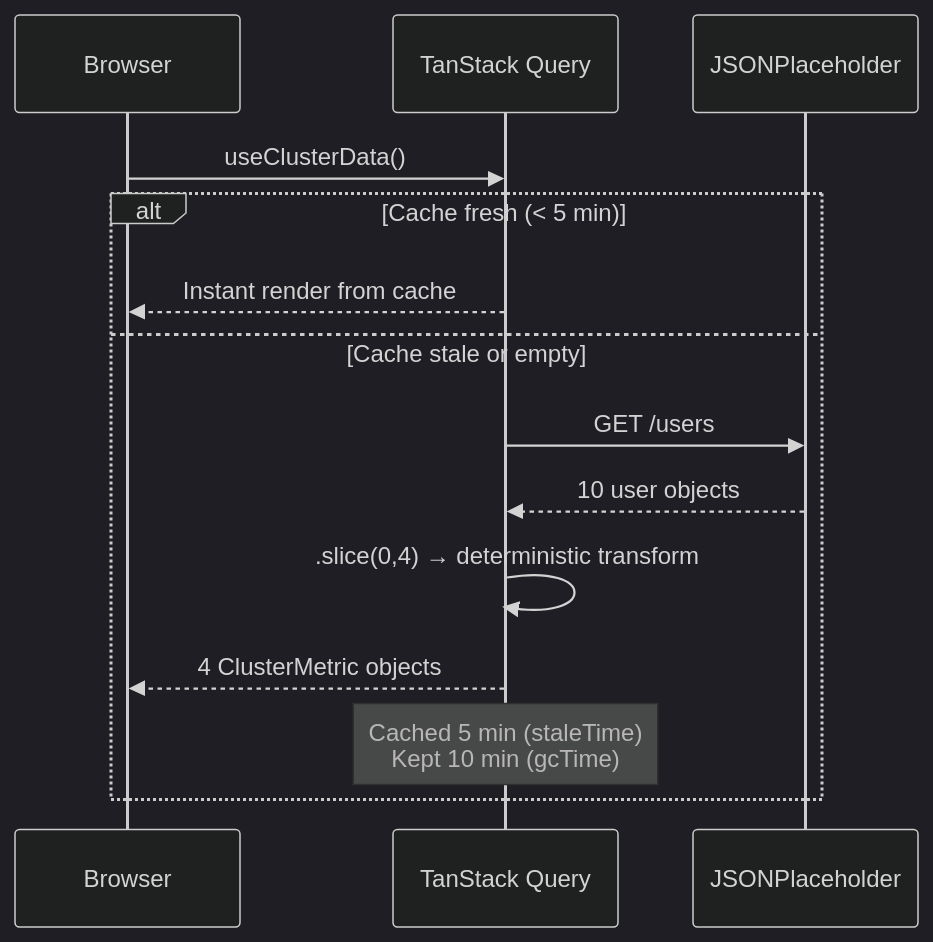
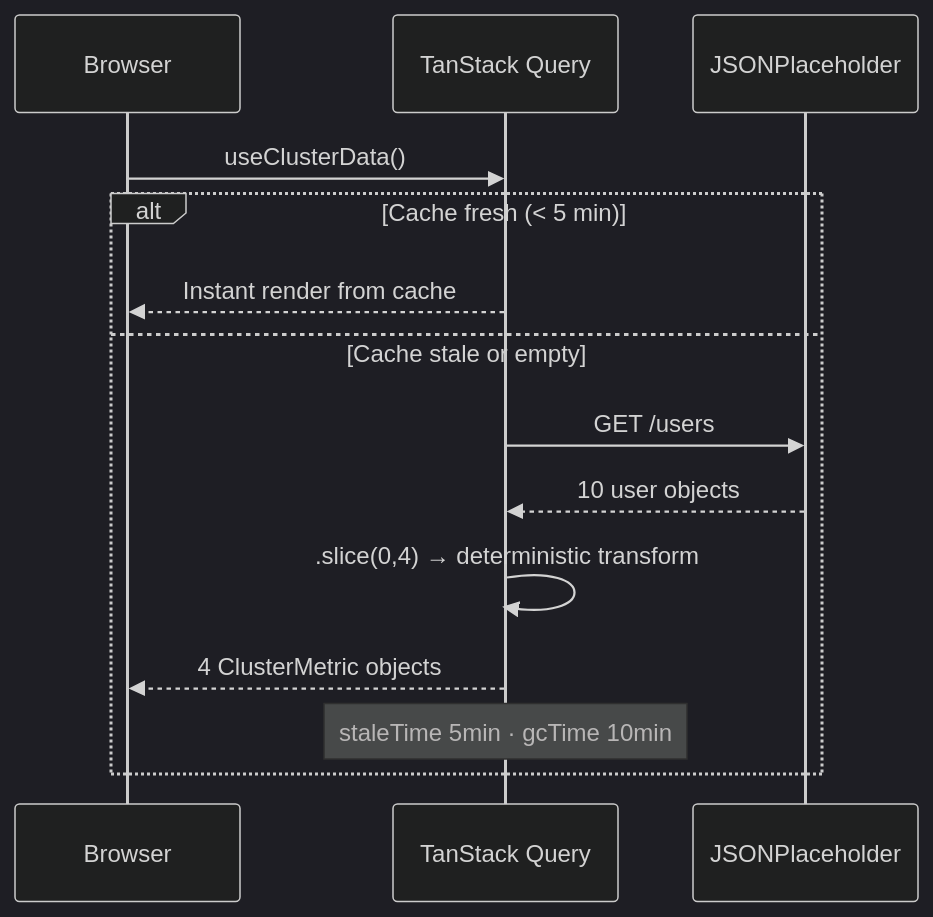
One commit to AJKakarot/atomity-challenge changed the first of 2 diagrams in README.md. Above: the diagram before and after it, drawn with Mermaid (dark theme). The commit also changed other lines of this file, not shown here.

````diff
--- a/README.md
+++ b/README.md
@@ -79,17 +29,17 @@
 ```mermaid
 sequenceDiagram
     participant B as Browser
     participant TQ as TanStack Query
     participant API as JSONPlaceholder
 
     B->>TQ: useClusterData()
     alt Cache fresh (< 5 min)
         TQ-->>B: Instant render from cache
     else Cache stale or empty
         TQ->>API: GET /users
         API-->>TQ: 10 user objects
         TQ->>TQ: .slice(0,4) → deterministic transform
         TQ-->>B: 4 ClusterMetric objects
-        Note over TQ: Cached 5 min (staleTime)<br/>Kept 10 min (gcTime)
+        Note over TQ: staleTime 5min · gcTime 10min
     end
 ```
````
